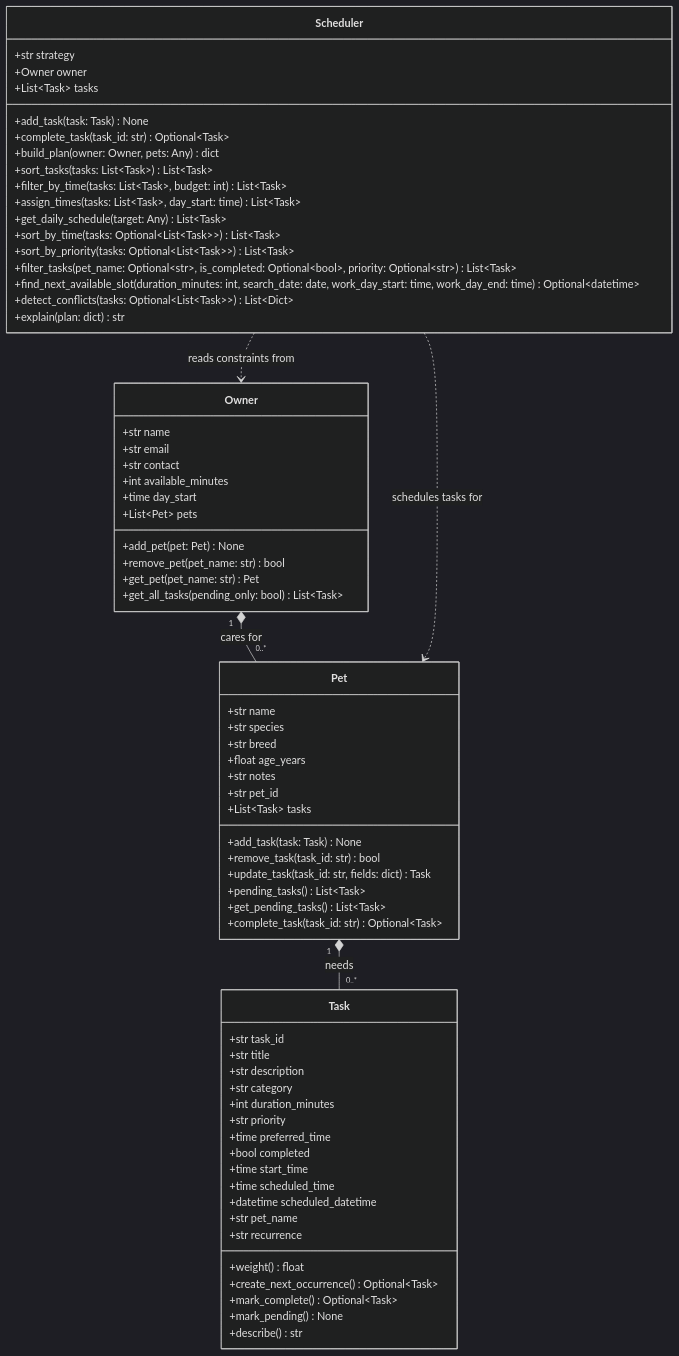
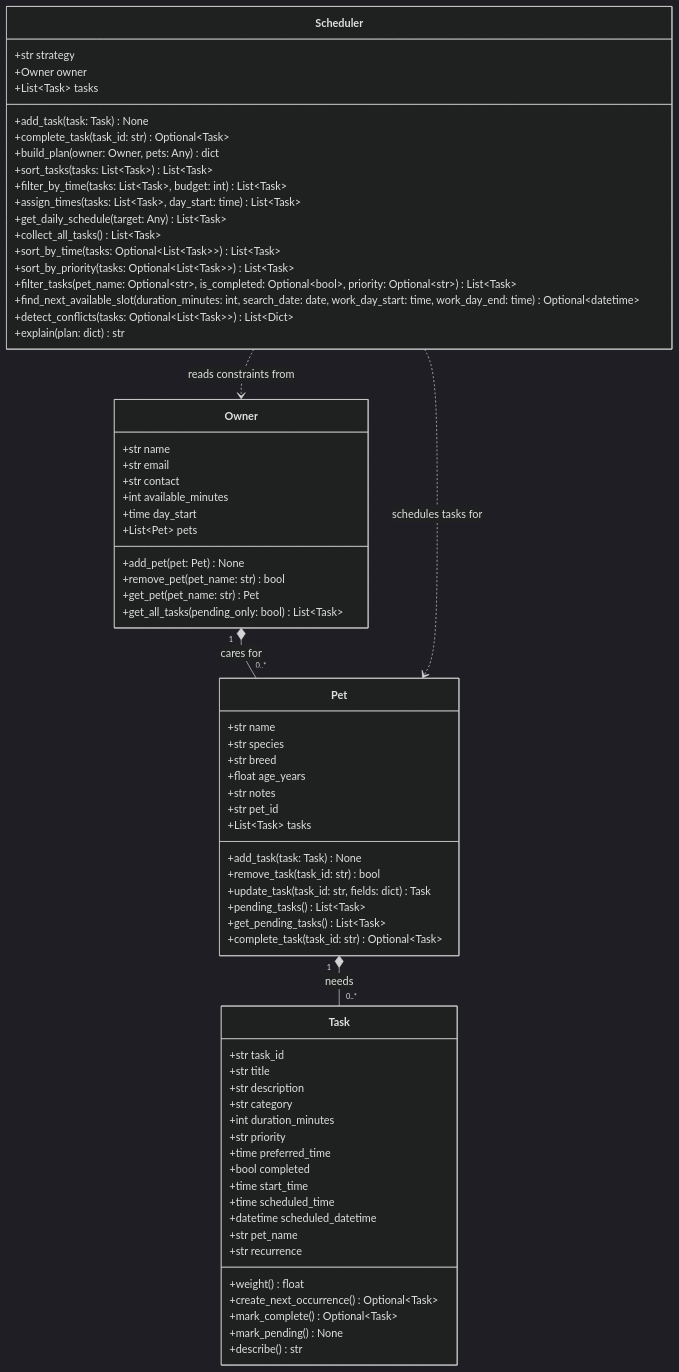
One commit to GabrielAnokye/ai110-module2show-pawpal-starter changed the diagram in diagrams/uml_draft.mmd. Above: the diagram before and after it, drawn with Mermaid (dark theme). The commit also changed 3 other files, not shown here.

```diff
--- a/diagrams/uml_draft.mmd
+++ b/diagrams/uml_draft.mmd
@@ -1,77 +1,78 @@
 classDiagram
     %% PawPal+ — smart pet care management system
     %% Keep this file updated so it matches your final implementation in pawpal_system.py
 
     class Owner {
         +str name
         +str email
         +str contact
         +int available_minutes
         +time day_start
         +List~Pet~ pets
         +add_pet(pet: Pet) None
         +remove_pet(pet_name: str) bool
         +get_pet(pet_name: str) Pet
         +get_all_tasks(pending_only: bool) List~Task~
     }
 
     class Pet {
         +str name
         +str species
         +str breed
         +float age_years
         +str notes
         +str pet_id
         +List~Task~ tasks
         +add_task(task: Task) None
         +remove_task(task_id: str) bool
         +update_task(task_id: str, fields: dict) Task
         +pending_tasks() List~Task~
         +get_pending_tasks() List~Task~
         +complete_task(task_id: str) Optional~Task~
     }
 
     class Task {
         +str task_id
         +str title
         +str description
         +str category
         +int duration_minutes
         +str priority
         +time preferred_time
         +bool completed
         +time start_time
         +time scheduled_time
         +datetime scheduled_datetime
         +str pet_name
         +str recurrence
         +weight() float
         +create_next_occurrence() Optional~Task~
         +mark_complete() Optional~Task~
         +mark_pending() None
         +describe() str
     }
 
     class Scheduler {
         +str strategy
         +Owner owner
         +List~Task~ tasks
         +add_task(task: Task) None
         +complete_task(task_id: str) Optional~Task~
         +build_plan(owner: Owner, pets: Any) dict
         +sort_tasks(tasks: List~Task~) List~Task~
         +filter_by_time(tasks: List~Task~, budget: int) List~Task~
         +assign_times(tasks: List~Task~, day_start: time) List~Task~
         +get_daily_schedule(target: Any) List~Task~
+        +collect_all_tasks() List~Task~
         +sort_by_time(tasks: Optional~List~Task~~) List~Task~
         +sort_by_priority(tasks: Optional~List~Task~~) List~Task~
         +filter_tasks(pet_name: Optional~str~, is_completed: Optional~bool~, priority: Optional~str~) List~Task~
         +find_next_available_slot(duration_minutes: int, search_date: date, work_day_start: time, work_day_end: time) Optional~datetime~
         +detect_conflicts(tasks: Optional~List~Task~~) List~Dict~
         +explain(plan: dict) str
     }
 
     Owner "1" *-- "0..*" Pet : cares for
     Pet "1" *-- "0..*" Task : needs
     Scheduler ..> Owner : reads constraints from
     Scheduler ..> Pet : schedules tasks for
```
